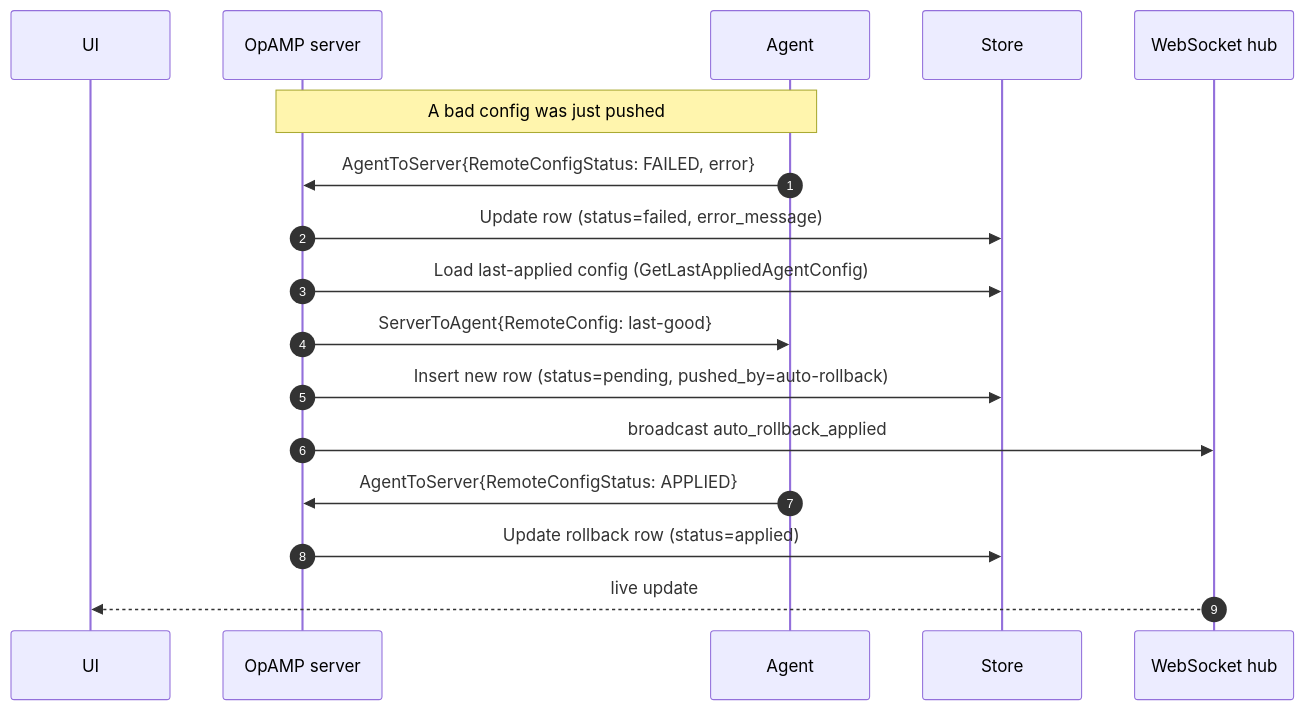
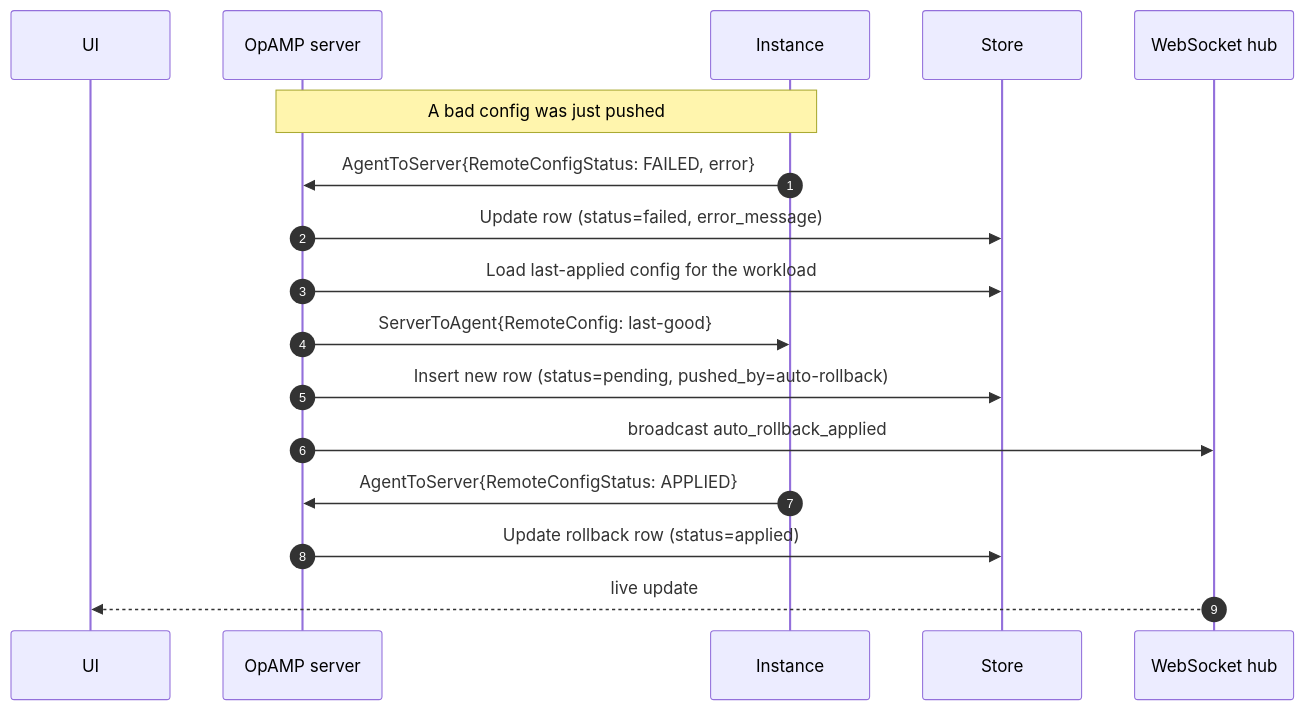
Before and after one commit to valentin-momboeuf/otel-magnify: the third of 3 diagrams in docs/developers/opamp-flow.md, drawn with Mermaid. The commit also changed other lines of this file and 19 other files, not shown here.

````diff
--- a/docs/developers/opamp-flow.md
+++ b/docs/developers/opamp-flow.md
@@ -50,20 +64,20 @@
 ```mermaid
 sequenceDiagram
     autonumber
     participant U as UI
     participant O as OpAMP server
-    participant A as Agent
+    participant A as Instance
     participant S as Store
     participant WS as WebSocket hub
 
     Note over O,A: A bad config was just pushed
     A->>O: AgentToServer{RemoteConfigStatus: FAILED, error}
     O->>S: Update row (status=failed, error_message)
-    O->>S: Load last-applied config (GetLastAppliedAgentConfig)
+    O->>S: Load last-applied config for the workload
     O->>A: ServerToAgent{RemoteConfig: last-good}
     O->>S: Insert new row (status=pending, pushed_by=auto-rollback)
     O->>WS: broadcast auto_rollback_applied
     A->>O: AgentToServer{RemoteConfigStatus: APPLIED}
     O->>S: Update rollback row (status=applied)
     WS-->>U: live update
 ```
````
